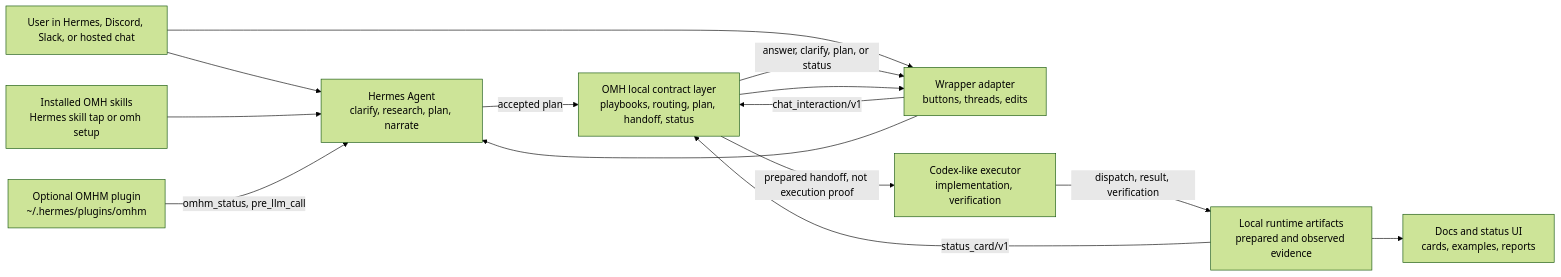
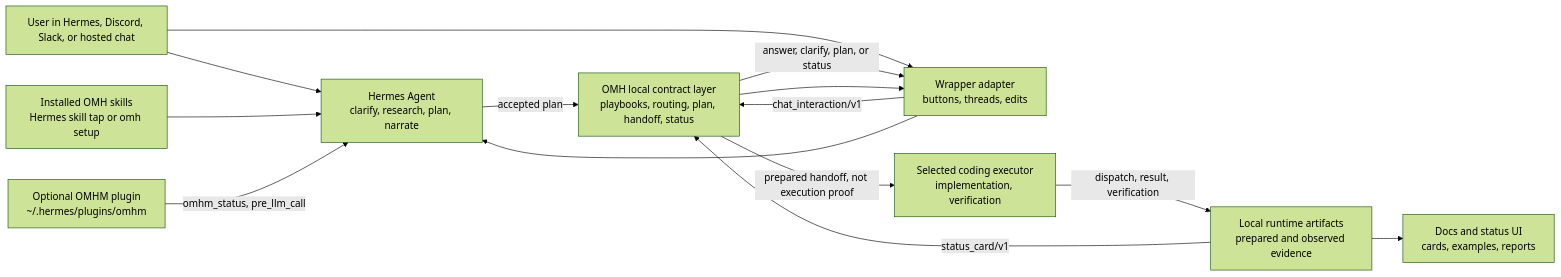
Before and after one commit to rlaope/oh-my-hermes-agent: the diagram in docs/ARCHITECTURE.md, drawn with Mermaid (forest theme). The commit also changed other lines of this file and 57 other files, not shown here.

````diff
--- a/docs/ARCHITECTURE.md
+++ b/docs/ARCHITECTURE.md
@@ -30,26 +30,26 @@
 ```mermaid
 flowchart LR
   user["User in Hermes, Discord, Slack, or hosted chat"]
   skills["Installed OMH skills\nHermes skill tap or omh setup"]
   plugin["Optional OMHM plugin\n~/.hermes/plugins/omhm"]
   wrapper["Wrapper adapter\nbuttons, threads, edits"]
   omh["OMH local contract layer\nplaybooks, routing, plan, handoff, status"]
   hermes["Hermes Agent\nclarify, research, plan, narrate"]
-  executor["Codex-like executor\nimplementation, verification"]
+  executor["Selected coding executor\nimplementation, verification"]
   runtime["Local runtime artifacts\nprepared and observed evidence"]
   site["Docs and status UI\ncards, examples, reports"]
 
   user --> hermes
   skills --> hermes
   plugin -->|"omhm_status, pre_llm_call"| hermes
   user --> wrapper
   wrapper -->|"chat_interaction/v1"| omh
   omh -->|"answer, clarify, plan, or status"| wrapper
   wrapper --> hermes
   hermes -->|"accepted plan"| omh
   omh -->|"prepared handoff, not execution proof"| executor
   executor -->|"dispatch, result, verification"| runtime
   runtime -->|"status_card/v1"| omh
   omh --> wrapper
   runtime --> site
 ```
````
